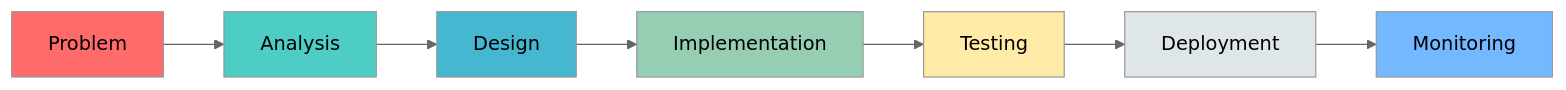
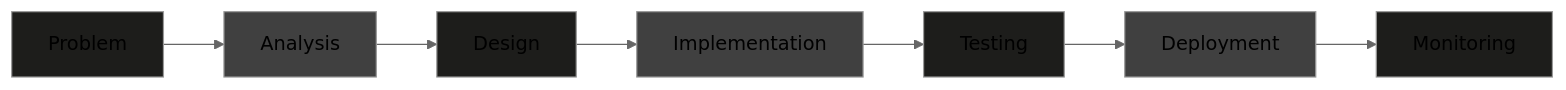
Before and after one commit to arpitSatpute/arpitSatpute: the diagram in README.md, drawn with Mermaid (neutral theme).

Commit message:
Change flowchart colors in README.md
Updated color styles for flowchart elements in README.

````diff
--- a/README.md
+++ b/README.md
@@ -276,17 +276,17 @@
 ```mermaid
 graph LR
     A[Problem] --> B[Analysis]
     B --> C[Design]
     C --> D[Implementation]
     D --> E[Testing]
     E --> F[Deployment]
     F --> G[Monitoring]
     
-    style A fill:#ff6b6b
-    style B fill:#4ecdc4
-    style C fill:#45b7d1
-    style D fill:#96ceb4
-    style E fill:#ffeaa7
-    style F fill:#dfe6e9
-    style G fill:#74b9ff
+    style A fill:#1d1d1b
+    style B fill:#404040
+    style C fill:#1d1d1b
+    style D fill:#404040
+    style E fill:#1d1d1b
+    style F fill:#404040
+    style G fill:#1d1d1b
 ```
````
